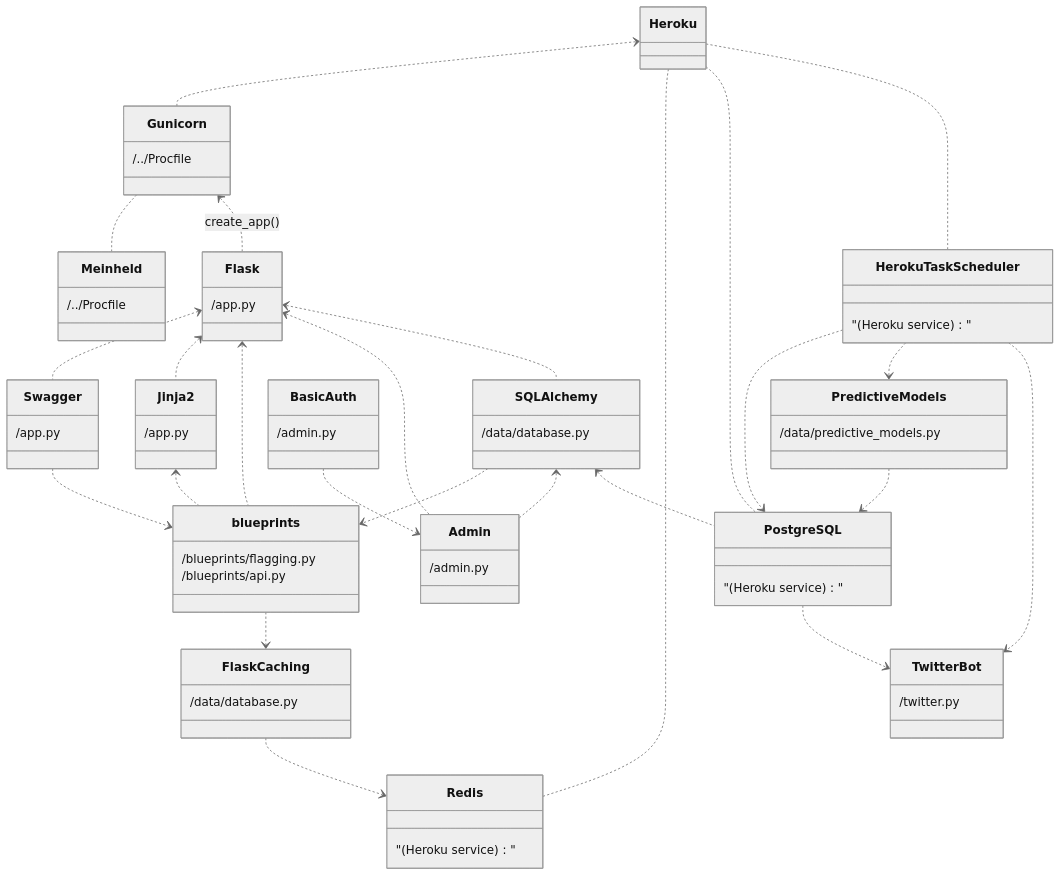
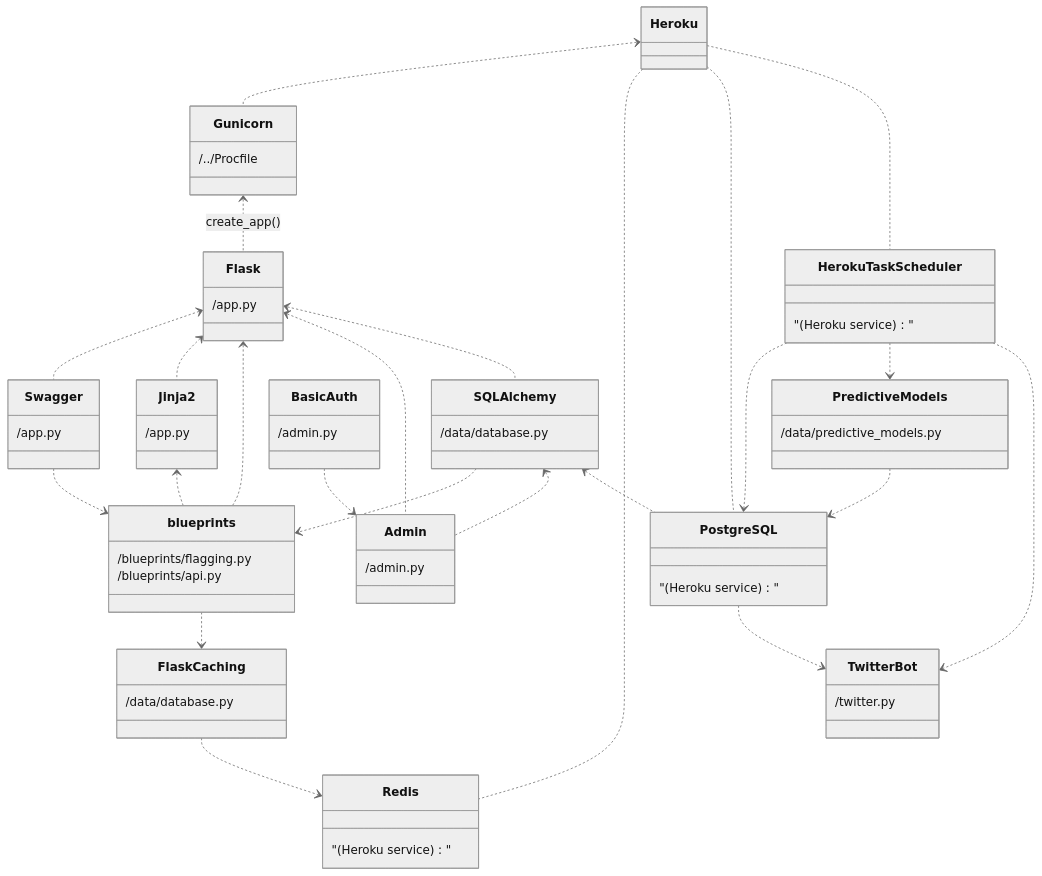
One commit to codeforboston/flagging changed the diagram in docs/src/development/index.md. Above: the diagram before and after it, drawn with Mermaid (neutral theme). The commit also changed 1 other file, not shown here.

````diff
--- a/docs/src/development/index.md
+++ b/docs/src/development/index.md
@@ -12,55 +12,53 @@
 ```mermaid
 classDiagram
 class Twitter Bot
 Twitter Bot : /twitter.py
 Heroku Task Scheduler ..> PostgreSQL
 Heroku <.. Gunicorn
-Gunicorn .. Meinheld
 Heroku .. Redis
 SQLAlchemy ..> blueprints
 Gunicorn <.. Flask : create_app()
 Gunicorn : /../Procfile
-Meinheld : /../Procfile
 Heroku .. PostgreSQL
 blueprints ..> FlaskCaching
 class Flask
 Flask : /app.py
 class Swagger
 Swagger : /app.py
 Flask <.. Swagger
 Swagger ..> blueprints
 class SQLAlchemy
 SQLAlchemy : /data/database.py
 class Jinja2
 Jinja2 : /app.py
 Flask <.. Jinja2
 class blueprints
 blueprints : /blueprints/flagging.py
 blueprints : /blueprints/api.py
 Flask <.. blueprints
 Jinja2 <.. blueprints
 class Admin
 Admin : /admin.py
 class SQLAlchemy
 PostgreSQL : "(Heroku service)"
 SQLAlchemy <.. Admin
 SQLAlchemy <.. PostgreSQL
 Flask <.. Admin
 class BasicAuth
 BasicAuth : /admin.py
 BasicAuth ..> Admin
 class HerokuTaskScheduler
 HerokuTaskScheduler : "(Heroku service)"
 class Redis
 Redis : "(Heroku service)"
 Heroku .. Heroku Task Scheduler
 FlaskCaching ..> Redis
 class FlaskCaching
 FlaskCaching: /data/database.py
 Flask <.. SQLAlchemy
 Predictive Models ..> PostgreSQL
 Heroku Task Scheduler ..> Predictive Models
 Heroku Task Scheduler ..> Twitter Bot
 PostgreSQL ..> Twitter Bot
 Predictive Models : /data/predictive_models.py
 ```
````
